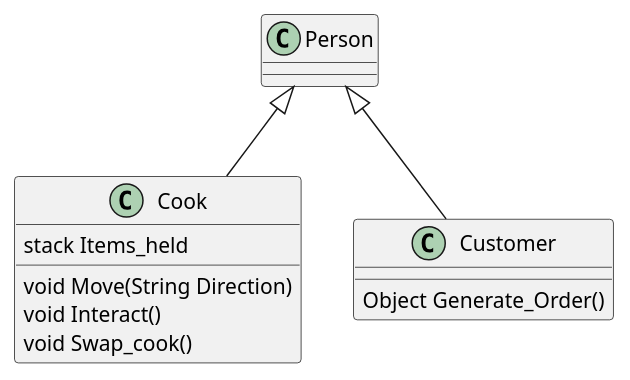
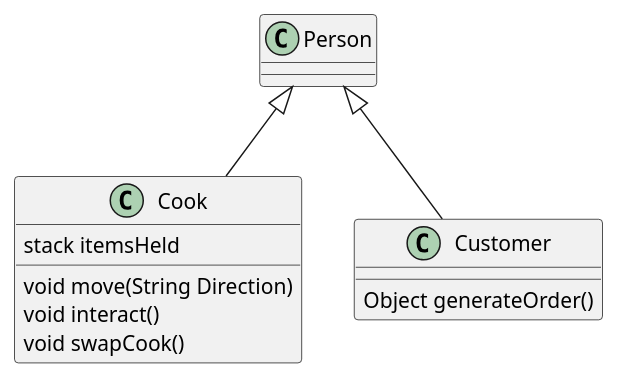
One commit to Runtime-Terrors-Team-5/UML-Diagrams changed the diagram in Architecture Diagrams/Class Diagrams/chefs.wsd. Above: the diagram before and after it, drawn with PlantUML. The commit also changed 1 other file, not shown here.

Commit message:
follows UML convention

```diff
--- a/Architecture Diagrams/Class Diagrams/chefs.wsd
+++ b/Architecture Diagrams/Class Diagrams/chefs.wsd
@@ -1,16 +1,16 @@
 @startuml 
 class Person{
 
 }
 class Cook{
-    stack Items_held
-    void Move(String Direction)
-    void Interact()
-    void Swap_cook()
+    stack itemsHeld
+    void move(String Direction)
+    void interact()
+    void swapCook()
 }
 class Customer{
-    Object Generate_Order()
+    Object generateOrder()
 }
 Person <|-- Cook
 Person <|-- Customer
 @enduml
```
